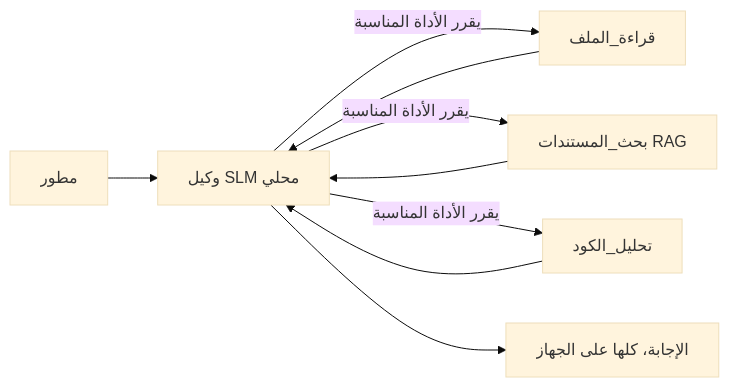
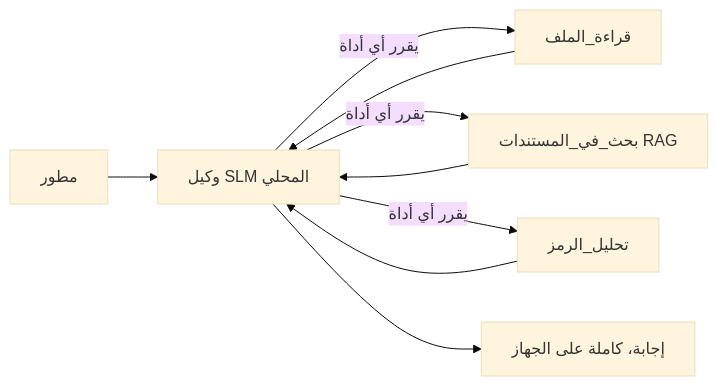
Before and after one commit to microsoft/ai-agents-for-beginners: the first of 4 diagrams in translations/ar/17-creating-local-ai-agents/README.md, drawn with Mermaid (base theme). The commit also changed other lines of this file and 47 other files, not shown here.

````diff
--- a/translations/ar/17-creating-local-ai-agents/README.md
+++ b/translations/ar/17-creating-local-ai-agents/README.md
@@ -66,11 +66,11 @@
 ```mermaid
 flowchart LR
-    U[مطور] --> A[وكيل SLM محلي]
-    A -->|يقرر الأداة المناسبة| T1[قراءة_الملف]
-    A -->|يقرر الأداة المناسبة| T2[بحث_المستندات RAG]
-    A -->|يقرر الأداة المناسبة| T3[تحليل_الكود]
+    U[مطور] --> A[وكيل SLM المحلي]
+    A -->|يقرر أي أداة| T1[قراءة_الملف]
+    A -->|يقرر أي أداة| T2[بحث_في_المستندات RAG]
+    A -->|يقرر أي أداة| T3[تحليل_الرمز]
     T1 --> A
     T2 --> A
     T3 --> A
-    A --> R[الإجابة، كلها على الجهاز]
+    A --> R[إجابة، كاملة على الجهاز]
 ```
````
